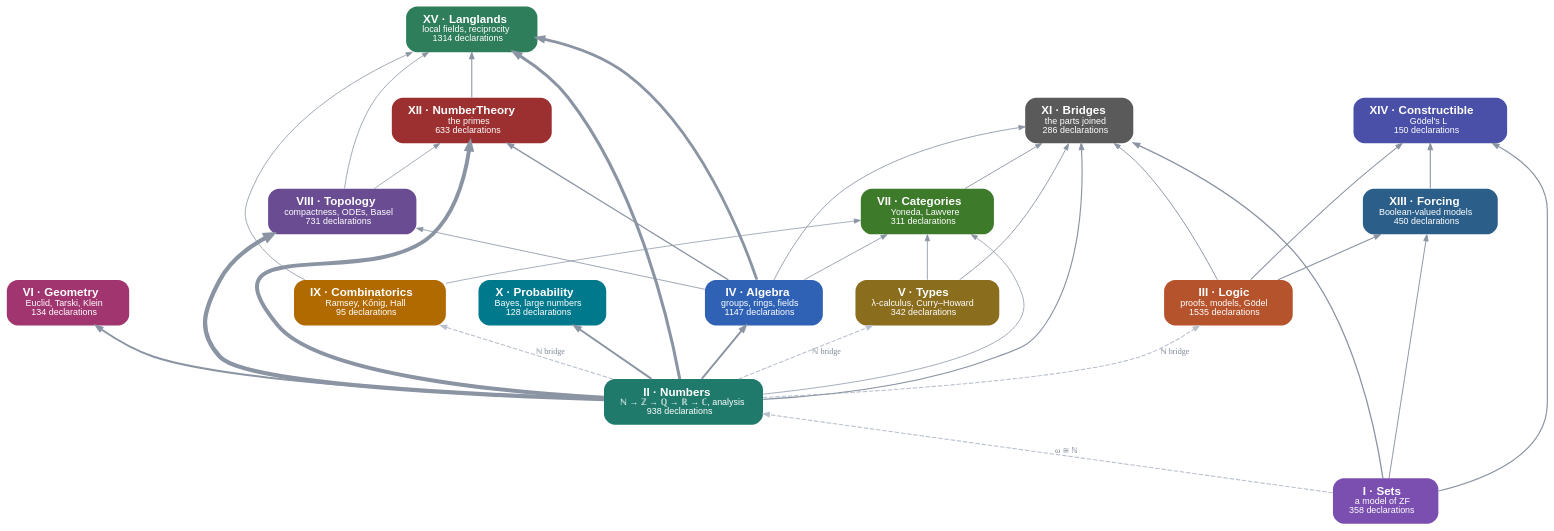
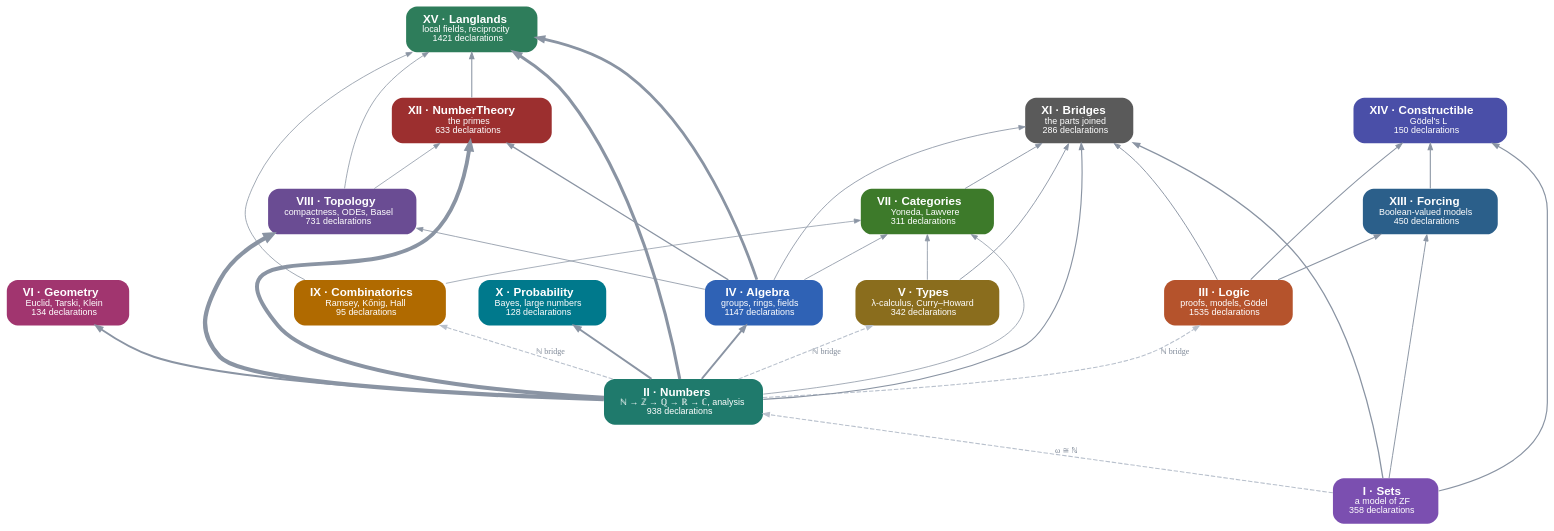
The diagram in site/dist/parts.dot (damianspendel/foundations), drawn with Graphviz before and after one commit. The commit also changed 16 other files, not shown here.

```diff
--- a/site/dist/parts.dot
+++ b/site/dist/parts.dot
@@ -1,52 +1,52 @@
 digraph parts {
 rankdir=BT; bgcolor="transparent"; nodesep=0.5; ranksep=0.7;
 node [shape=box, style="rounded,filled", fontname="Helvetica", fontsize=13, penwidth=0, margin="0.25,0.12"];
 edge [color="#8a94a3", arrowsize=0.7];
 "Sets" [label=<<b>I · Sets</b><br/><font point-size="10">a model of ZF<br/>358 declarations</font>>, fillcolor="#7b4fb0", fontcolor="white"];
 "Numbers" [label=<<b>II · Numbers</b><br/><font point-size="10">ℕ → ℤ → ℚ → ℝ → ℂ, analysis<br/>938 declarations</font>>, fillcolor="#1f7a6c", fontcolor="white"];
 "Logic" [label=<<b>III · Logic</b><br/><font point-size="10">proofs, models, Gödel<br/>1535 declarations</font>>, fillcolor="#b5532c", fontcolor="white"];
 "Algebra" [label=<<b>IV · Algebra</b><br/><font point-size="10">groups, rings, fields<br/>1147 declarations</font>>, fillcolor="#2f62b5", fontcolor="white"];
 "Types" [label=<<b>V · Types</b><br/><font point-size="10">λ-calculus, Curry–Howard<br/>342 declarations</font>>, fillcolor="#8a6d1d", fontcolor="white"];
 "Geometry" [label=<<b>VI · Geometry</b><br/><font point-size="10">Euclid, Tarski, Klein<br/>134 declarations</font>>, fillcolor="#a1356f", fontcolor="white"];
 "Categories" [label=<<b>VII · Categories</b><br/><font point-size="10">Yoneda, Lawvere<br/>311 declarations</font>>, fillcolor="#3d7a2a", fontcolor="white"];
 "Topology" [label=<<b>VIII · Topology</b><br/><font point-size="10">compactness, ODEs, Basel<br/>731 declarations</font>>, fillcolor="#6a4c93", fontcolor="white"];
 "Combinatorics" [label=<<b>IX · Combinatorics</b><br/><font point-size="10">Ramsey, Kőnig, Hall<br/>95 declarations</font>>, fillcolor="#b06a00", fontcolor="white"];
 "Probability" [label=<<b>X · Probability</b><br/><font point-size="10">Bayes, large numbers<br/>128 declarations</font>>, fillcolor="#00798c", fontcolor="white"];
 "Bridges" [label=<<b>XI · Bridges</b><br/><font point-size="10">the parts joined<br/>286 declarations</font>>, fillcolor="#5a5a5a", fontcolor="white"];
 "NumberTheory" [label=<<b>XII · NumberTheory</b><br/><font point-size="10">the primes<br/>633 declarations</font>>, fillcolor="#9c2f2f", fontcolor="white"];
 "Forcing" [label=<<b>XIII · Forcing</b><br/><font point-size="10">Boolean-valued models<br/>450 declarations</font>>, fillcolor="#2b5f8a", fontcolor="white"];
 "Constructible" [label=<<b>XIV · Constructible</b><br/><font point-size="10">Gödel's L<br/>150 declarations</font>>, fillcolor="#4a4fa8", fontcolor="white"];
-"Langlands" [label=<<b>XV · Langlands</b><br/><font point-size="10">local fields, reciprocity<br/>1314 declarations</font>>, fillcolor="#2e7d5b", fontcolor="white"];
+"Langlands" [label=<<b>XV · Langlands</b><br/><font point-size="10">local fields, reciprocity<br/>1421 declarations</font>>, fillcolor="#2e7d5b", fontcolor="white"];
 "Algebra" -> "Bridges" [penwidth=0.94, tooltip="37 uses of Algebra in Bridges"];
 "Algebra" -> "Categories" [penwidth=0.91, tooltip="23 uses of Algebra in Categories"];
 "Algebra" -> "Langlands" [penwidth=3.14, tooltip="10097 uses of Algebra in Langlands"];
 "Algebra" -> "NumberTheory" [penwidth=1.40, tooltip="653 uses of Algebra in NumberTheory"];
 "Algebra" -> "Topology" [penwidth=0.91, tooltip="24 uses of Algebra in Topology"];
 "Categories" -> "Bridges" [penwidth=1.01, tooltip="82 uses of Categories in Bridges"];
 "Combinatorics" -> "Categories" [penwidth=0.82, tooltip="1 uses of Combinatorics in Categories"];
-"Combinatorics" -> "Langlands" [penwidth=0.88, tooltip="12 uses of Combinatorics in Langlands"];
+"Combinatorics" -> "Langlands" [penwidth=0.88, tooltip="13 uses of Combinatorics in Langlands"];
 "Forcing" -> "Constructible" [penwidth=1.21, tooltip="314 uses of Forcing in Constructible"];
 "Logic" -> "Bridges" [penwidth=1.05, tooltip="115 uses of Logic in Bridges"];
 "Logic" -> "Constructible" [penwidth=1.16, tooltip="234 uses of Logic in Constructible"];
 "Logic" -> "Forcing" [penwidth=1.23, tooltip="338 uses of Logic in Forcing"];
 "NumberTheory" -> "Langlands" [penwidth=1.18, tooltip="261 uses of NumberTheory in Langlands"];
 "Numbers" -> "Algebra" [penwidth=2.10, tooltip="3114 uses of Numbers in Algebra"];
 "Numbers" -> "Bridges" [penwidth=1.27, tooltip="404 uses of Numbers in Bridges"];
 "Numbers" -> "Categories" [penwidth=0.85, tooltip="5 uses of Numbers in Categories"];
 "Numbers" -> "Geometry" [penwidth=2.12, tooltip="3189 uses of Numbers in Geometry"];
-"Numbers" -> "Langlands" [penwidth=3.41, tooltip="12578 uses of Numbers in Langlands"];
+"Numbers" -> "Langlands" [penwidth=3.44, tooltip="12835 uses of Numbers in Langlands"];
 "Numbers" -> "NumberTheory" [penwidth=4.39, tooltip="23743 uses of Numbers in NumberTheory"];
 "Numbers" -> "Probability" [penwidth=2.21, tooltip="3662 uses of Numbers in Probability"];
 "Numbers" -> "Topology" [penwidth=4.80, tooltip="29469 uses of Numbers in Topology"];
 "Sets" -> "Bridges" [penwidth=1.46, tooltip="796 uses of Sets in Bridges"];
 "Sets" -> "Constructible" [penwidth=1.32, tooltip="492 uses of Sets in Constructible"];
 "Sets" -> "Forcing" [penwidth=1.08, tooltip="145 uses of Sets in Forcing"];
 "Topology" -> "Langlands" [penwidth=0.88, tooltip="11 uses of Topology in Langlands"];
 "Topology" -> "NumberTheory" [penwidth=0.85, tooltip="4 uses of Topology in NumberTheory"];
 "Types" -> "Bridges" [penwidth=1.00, tooltip="73 uses of Types in Bridges"];
 "Types" -> "Categories" [penwidth=0.91, tooltip="21 uses of Types in Categories"];
 "Sets" -> "Numbers" [style=dashed, color="#b8c0cc", penwidth=1.2, label=<<font point-size="9" color="#7d8796">ω ≅ ℕ</font>>];
 "Numbers" -> "Logic" [style=dashed, color="#b8c0cc", penwidth=1.2, label=<<font point-size="9" color="#7d8796">ℕ bridge</font>>];
 "Numbers" -> "Types" [style=dashed, color="#b8c0cc", penwidth=1.2, label=<<font point-size="9" color="#7d8796">ℕ bridge</font>>];
 "Numbers" -> "Combinatorics" [style=dashed, color="#b8c0cc", penwidth=1.2, label=<<font point-size="9" color="#7d8796">ℕ bridge</font>>];
 }
```
